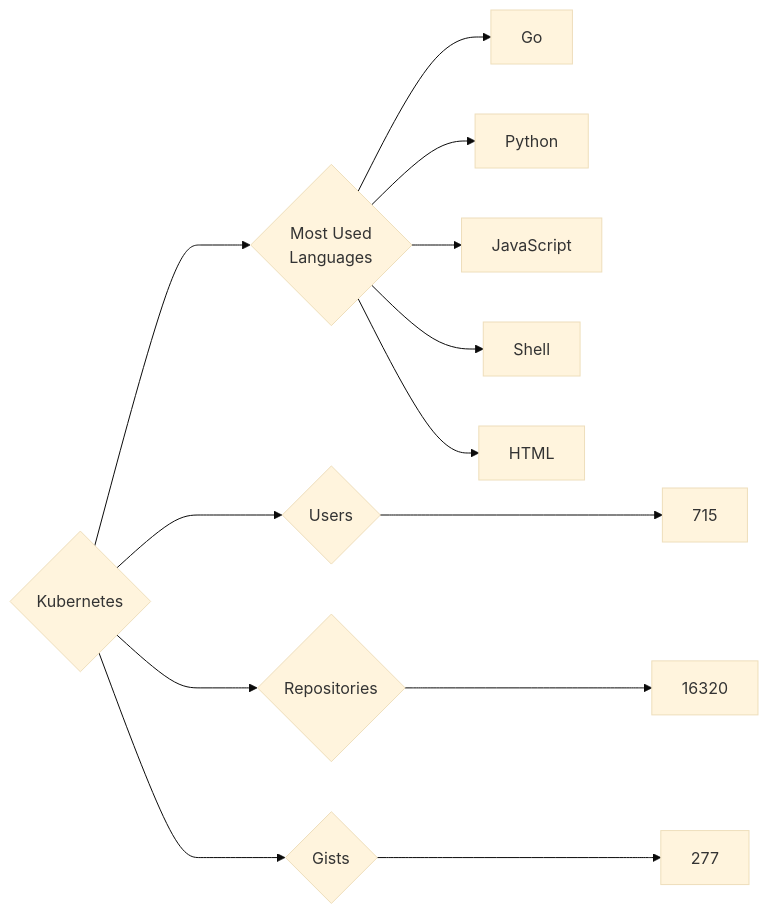
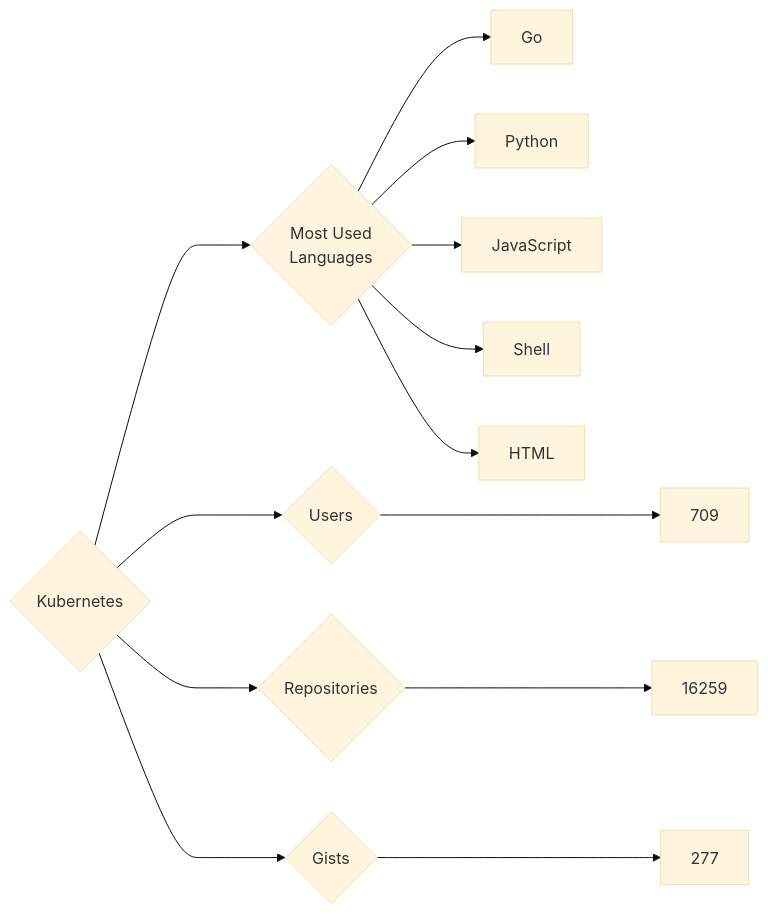
The diagram in targets/Kubernetes/README.md (trickest/insiders), drawn with Mermaid (base theme) before and after one commit. The commit also changed 1238 other files, not shown here.

````diff
--- a/targets/Kubernetes/README.md
+++ b/targets/Kubernetes/README.md
@@ -3,13 +3,13 @@
 ```mermaid
 graph LR
 COMPANY_NAME{Kubernetes}
-COMPANY_NAME ---> U{Users} ---> UN[715]
-COMPANY_NAME ---> R{Repositories} ---> RN[16320]
+COMPANY_NAME ---> U{Users} ---> UN[709]
+COMPANY_NAME ---> R{Repositories} ---> RN[16259]
 COMPANY_NAME ---> G{Gists} ---> GN[277]
 COMPANY_NAME ---> ML{Most Used<br>Languages}
 ML --> Go[Go]
 ML --> Python[Python]
 ML --> JavaScript[JavaScript]
 ML --> Shell[Shell]
 ML --> HTML[HTML]
 ```
````
